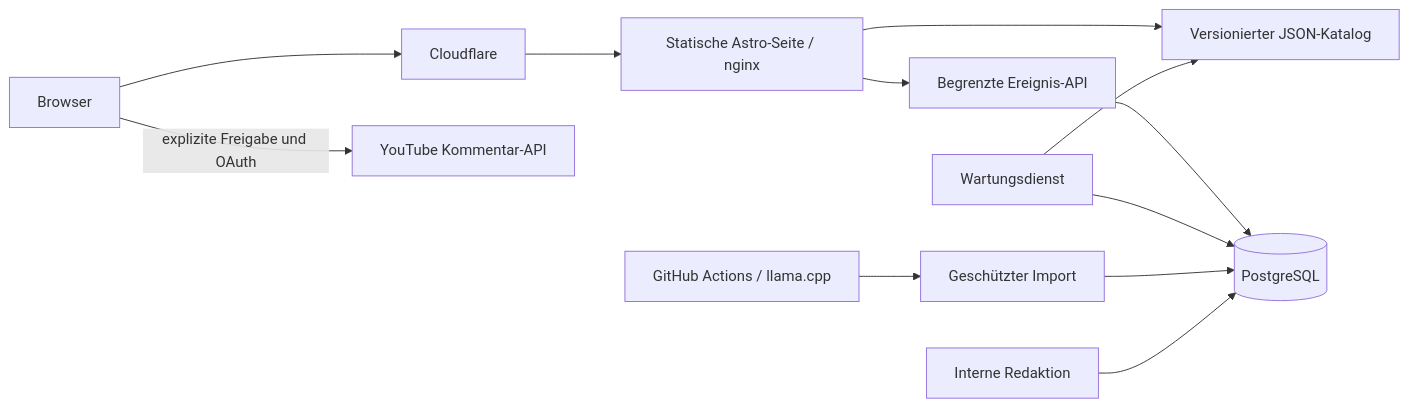
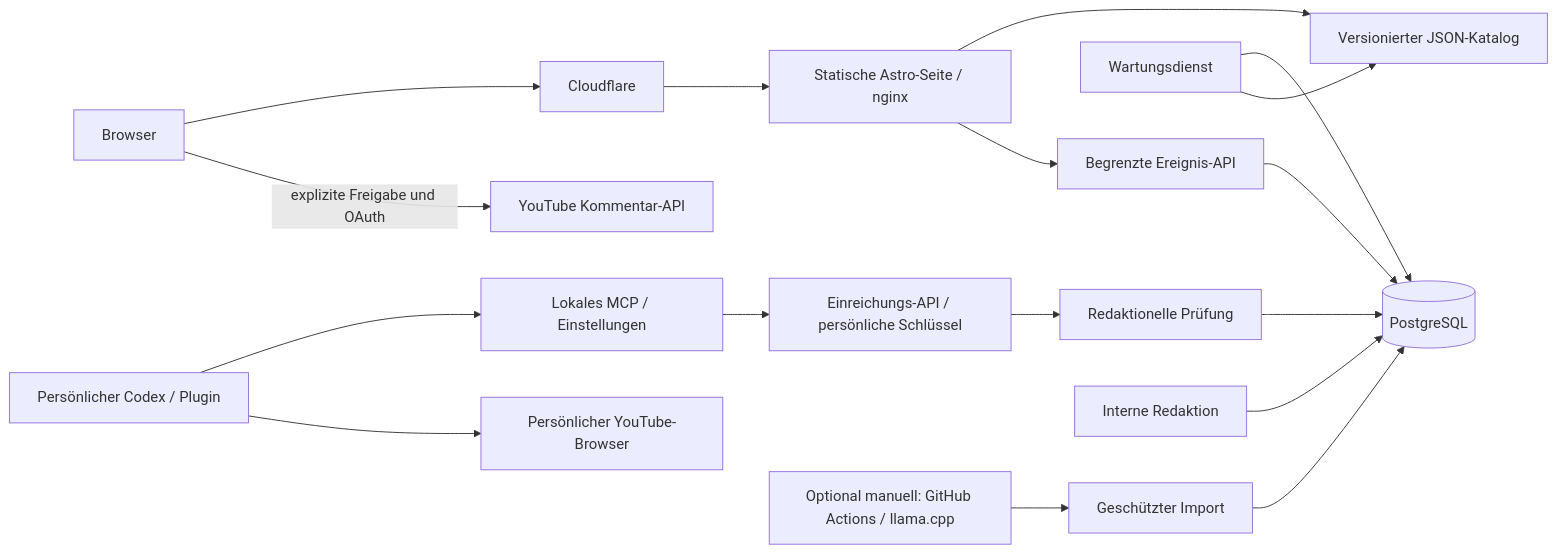
One commit to vergissberlin/hinterfragen.online changed the diagram in docs/architecture.md. Above: the diagram before and after it, drawn with Mermaid. The commit also changed other lines of this file and 42 other files, not shown here.

Commit message:
feat(plugin): add participant-funded Codex research pilot

````diff
--- a/docs/architecture.md
+++ b/docs/architecture.md
@@ -3,14 +3,19 @@
 ```mermaid
 flowchart LR
   User[Browser] --> CDN[Cloudflare]
   CDN --> Web[Statische Astro-Seite / nginx]
   Web --> Catalog[Versionierter JSON-Katalog]
   Web --> Events[Begrenzte Ereignis-API]
   Events --> DB[(PostgreSQL)]
   Worker[Wartungsdienst] --> DB
   Worker --> Catalog
-  Action[GitHub Actions / llama.cpp] --> Import[Geschützter Import]
+  Codex[Persönlicher Codex / Plugin] --> Local[Lokales MCP / Einstellungen]
+  Local --> Contributions[Einreichungs-API / persönliche Schlüssel]
+  Contributions --> Review[Redaktionelle Prüfung]
+  Review --> DB
+  Codex --> PersonalBrowser[Persönlicher YouTube-Browser]
+  Action[Optional manuell: GitHub Actions / llama.cpp] --> Import[Geschützter Import]
   Import --> DB
   Editor[Interne Redaktion] --> DB
   User -->|explizite Freigabe und OAuth| YouTube[YouTube Kommentar-API]
 ```
````
